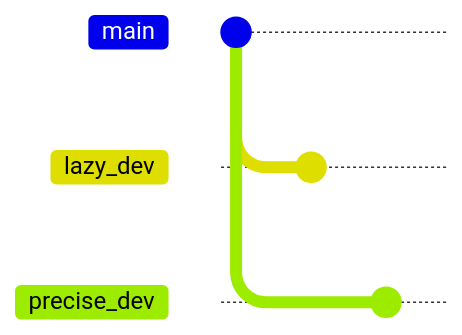
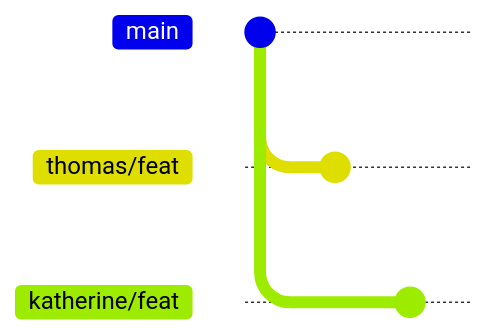
Before and after one commit to lizsalmon/iCSC-Git-talk: diagram 13 of 24 in slides.md, drawn with Mermaid. The commit also changed other lines of this file and 2 other files, not shown here. Commit ids are hidden.

````diff
--- a/slides.md
+++ b/slides.md
@@ -785,11 +796,11 @@
 ```mermaid
 gitGraph
   commit
-  branch lazy_dev
-  branch precise_dev
-  checkout lazy_dev
+  branch thomas/feat
+  branch katherine/feat
+  checkout thomas/feat
   commit
-  checkout precise_dev
+  checkout katherine/feat
   commit
 
 ```
````
